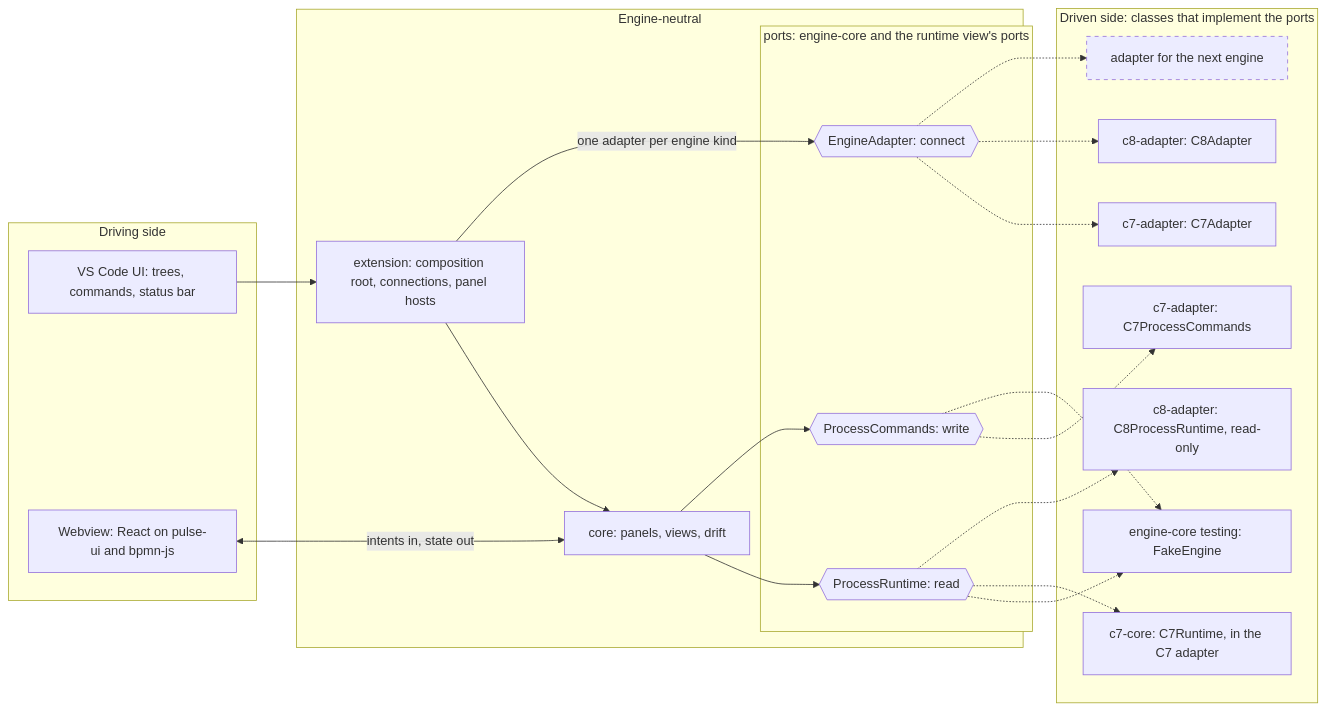
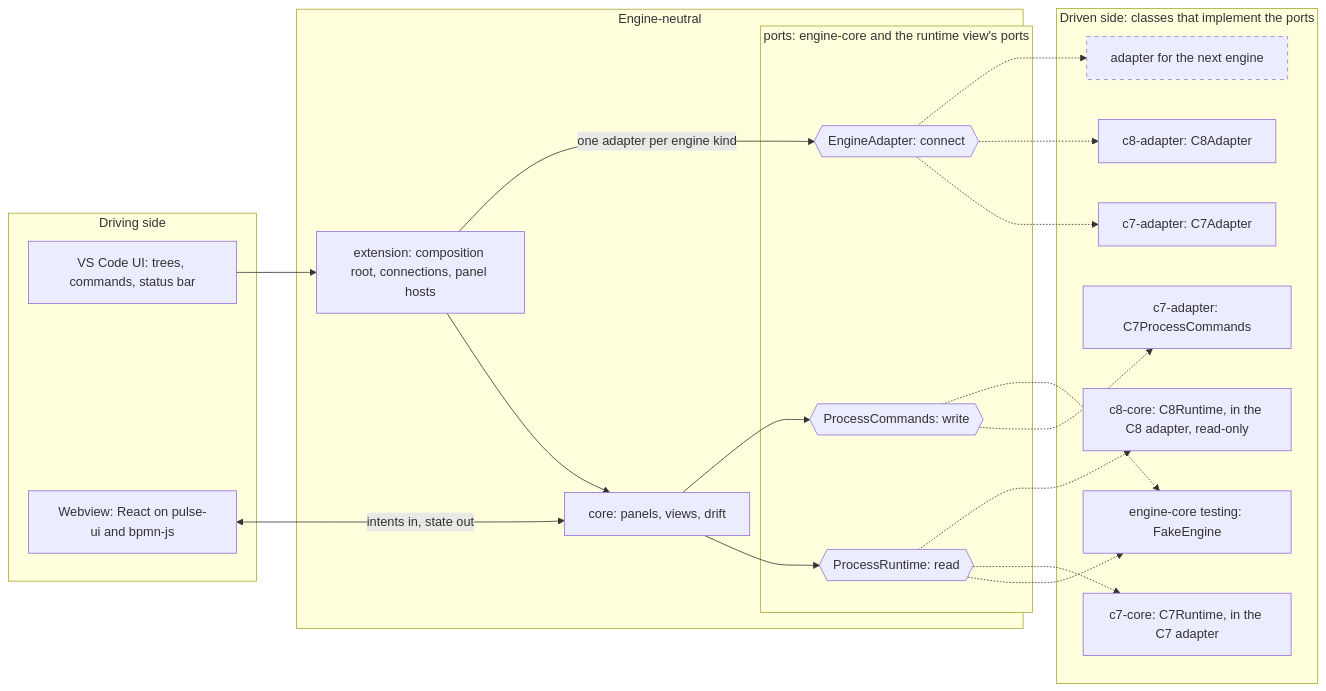
One commit to Miragon/pulse changed the second of 7 diagrams in apps/vscode/docs/architecture-overview.md. Above: the diagram before and after it, drawn with Mermaid. The commit also changed other lines of this file and 36 other files, not shown here.

````diff
--- a/apps/vscode/docs/architecture-overview.md
+++ b/apps/vscode/docs/architecture-overview.md
@@ -84,37 +84,37 @@
 ```mermaid
 flowchart LR
   subgraph driving [Driving side]
     ui[VS Code UI: trees, commands, status bar]
     webview[Webview: React on pulse-ui and bpmn-js]
   end
   subgraph neutral [Engine-neutral]
     extension[extension: composition root, connections, panel hosts]
     core[core: panels, views, drift]
     subgraph ports [ports: engine-core and the runtime view's ports]
       adapterPort{{EngineAdapter: connect}}
       runtime{{ProcessRuntime: read}}
       commands{{ProcessCommands: write}}
     end
   end
   subgraph driven [Driven side: classes that implement the ports]
     next["adapter for the next engine"]
     c7Adapter[c7-adapter: C7Adapter]
     c7Commands[c7-adapter: C7ProcessCommands]
     fake[engine-core testing: FakeEngine]
     c7Runtime[c7-core: C7Runtime, in the C7 adapter]
     c8Adapter[c8-adapter: C8Adapter]
-    c8Runtime[c8-adapter: C8ProcessRuntime, read-only]
+    c8Runtime[c8-core: C8Runtime, in the C8 adapter, read-only]
   end
 
   ui --> extension
   webview <-- intents in, state out --> core
   extension --> core
   extension -- one adapter per engine kind --> adapterPort
   core --> runtime
   core --> commands
   adapterPort -.-> c7Adapter & c8Adapter & next
   commands -.-> c7Commands & fake
   runtime -.-> fake & c7Runtime & c8Runtime
   classDef planned stroke-dasharray: 5 5
   class next planned
 ```
````
